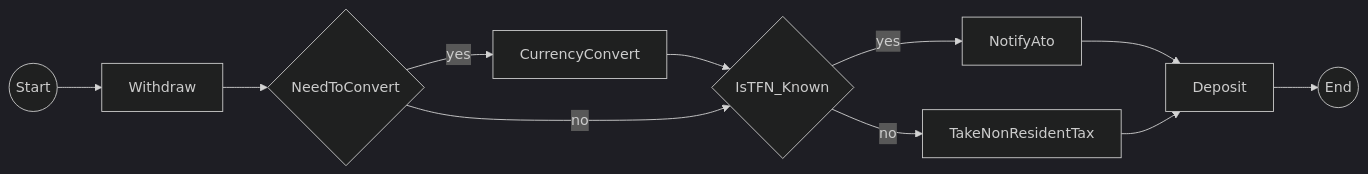
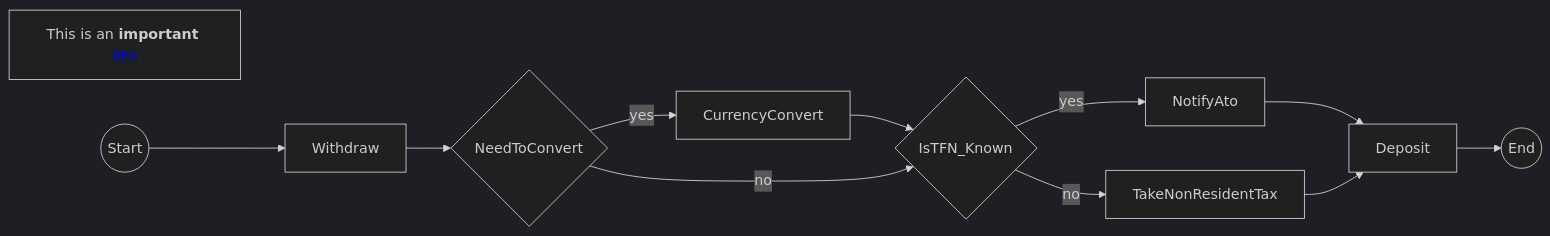
Before and after one commit to oleg-shilo/Temporalio.Graphs: the first of 2 diagrams in README.md, drawn with Mermaid (dark theme). The commit also changed other lines of this file and 11 other files, not shown here.

````diff
--- a/README.md
+++ b/README.md
@@ -18,6 +13,8 @@
 ```mermaid
+%%{init: {'securityLevel': 'loose'}}%%
 flowchart LR
+  A[This is an <b>important</b> <a href='https://google.com'>link</a>]
 s((Start)) --> Withdraw --> decision2{NeedToConvert} -- yes --> CurrencyConvert --> decision1{IsTFN_Known} -- yes --> NotifyAto --> Deposit --> e((End))
 decision1{IsTFN_Known} -- no --> TakeNonResidentTax --> Deposit
 decision2{NeedToConvert} -- no --> decision1{IsTFN_Known}
 ```
````
